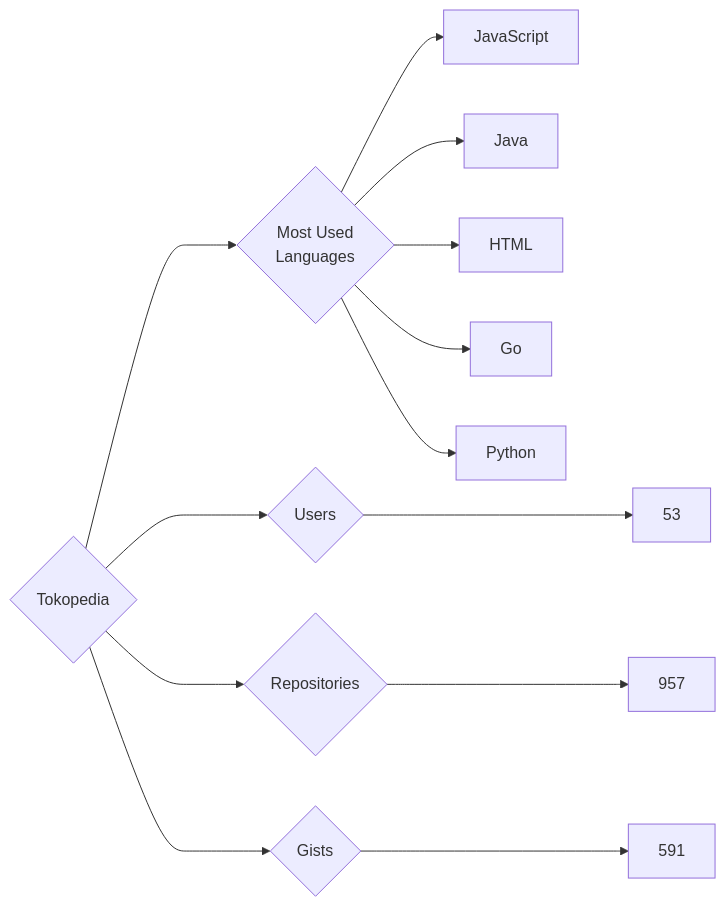
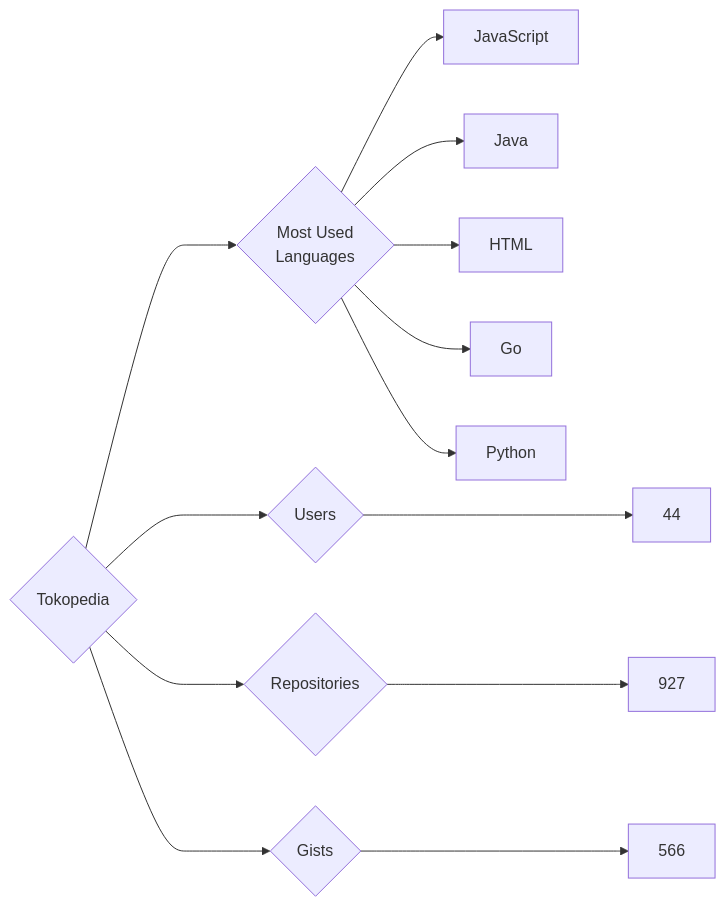
Before and after one commit to trickest/insiders: the diagram in targets/Tokopedia/README.md, drawn with Mermaid. The commit also changed 1011 other files, not shown here.

````diff
--- a/targets/Tokopedia/README.md
+++ b/targets/Tokopedia/README.md
@@ -3,13 +3,13 @@
 ```mermaid
 graph LR
 COMPANY_NAME{Tokopedia}
-COMPANY_NAME ---> U{Users} ---> UN[53]
-COMPANY_NAME ---> R{Repositories} ---> RN[957]
-COMPANY_NAME ---> G{Gists} ---> GN[591]
+COMPANY_NAME ---> U{Users} ---> UN[44]
+COMPANY_NAME ---> R{Repositories} ---> RN[927]
+COMPANY_NAME ---> G{Gists} ---> GN[566]
 COMPANY_NAME ---> ML{Most Used<br>Languages}
 ML --> JavaScript[JavaScript]
 ML --> Java[Java]
 ML --> HTML[HTML]
 ML --> Go[Go]
 ML --> Python[Python]
 ```
````
